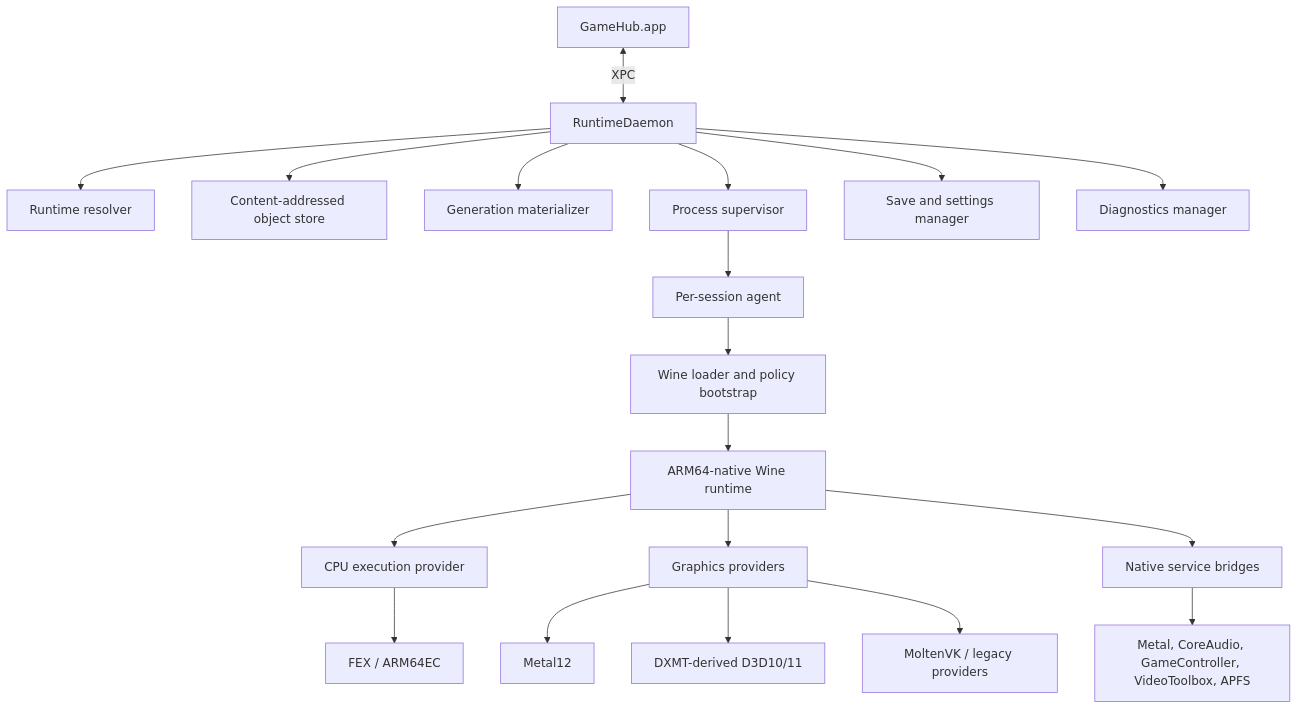
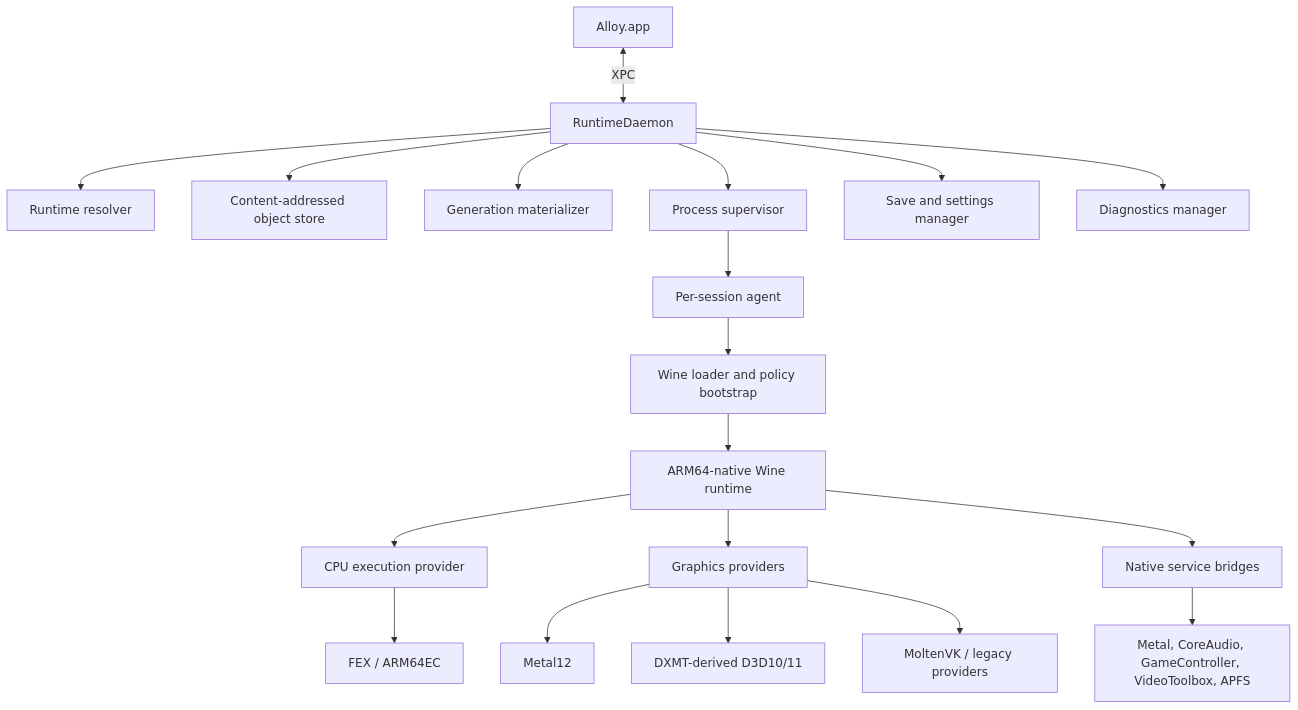
Before and after one commit to cleverClosure/Alloy: the second of 8 diagrams in docs/docs/04_TECHNICAL_ARCHITECTURE.md, drawn with Mermaid. The commit also changed other lines of this file and 42 other files, not shown here.

````diff
--- a/docs/docs/04_TECHNICAL_ARCHITECTURE.md
+++ b/docs/docs/04_TECHNICAL_ARCHITECTURE.md
@@ -405,21 +405,21 @@
 ```mermaid
 flowchart TB
-    UI[GameHub.app] <-->|XPC| Daemon[RuntimeDaemon]
+    UI[Alloy.app] <-->|XPC| Daemon[RuntimeDaemon]
     Daemon --> Resolver[Runtime resolver]
     Daemon --> Store[Content-addressed object store]
     Daemon --> Materializer[Generation materializer]
     Daemon --> Supervisor[Process supervisor]
     Daemon --> Saves[Save and settings manager]
     Daemon --> Diagnostics[Diagnostics manager]
     Supervisor --> Agent[Per-session agent]
     Agent --> Loader[Wine loader and policy bootstrap]
     Loader --> Wine[ARM64-native Wine runtime]
     Wine --> CPU[CPU execution provider]
     Wine --> Graphics[Graphics providers]
     Wine --> Services[Native service bridges]
     CPU --> FEX[FEX / ARM64EC]
     Graphics --> Metal12[Metal12]
     Graphics --> DXMT[DXMT-derived D3D10/11]
     Graphics --> MVK[MoltenVK / legacy providers]
     Services --> Host[Metal, CoreAudio, GameController, VideoToolbox, APFS]
 ```
````
